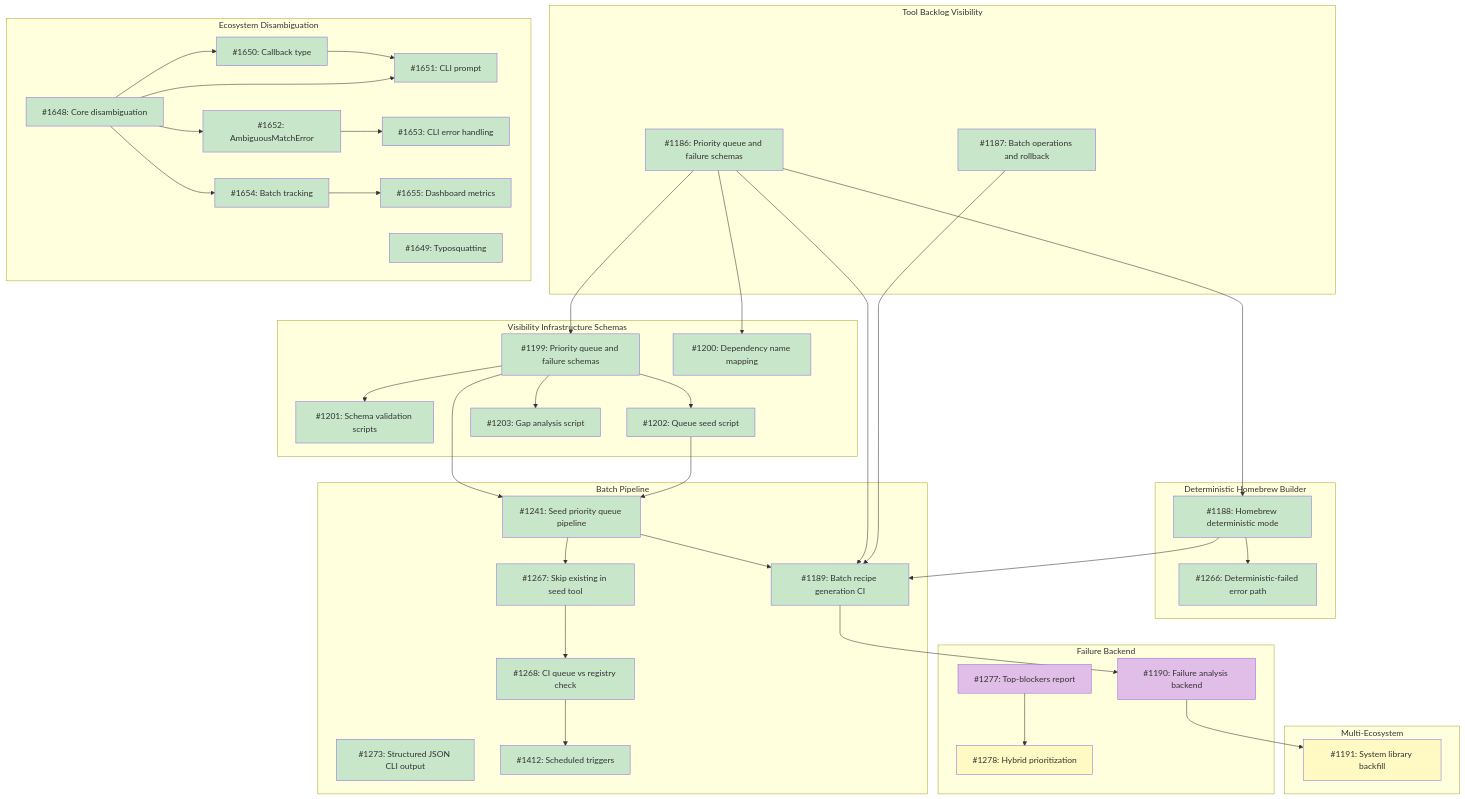
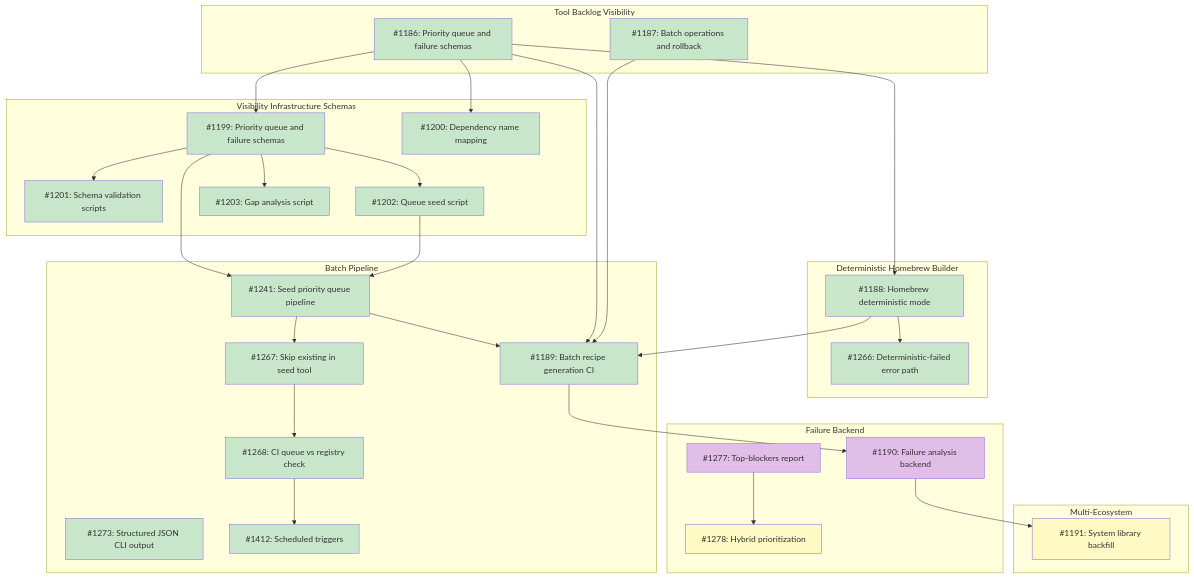
One commit to tsukumogami/tsuku changed the diagram in docs/designs/DESIGN-registry-scale-strategy.md. Above: the diagram before and after it, drawn with Mermaid. The commit also changed other lines of this file and 1 other file, not shown here.

Commit message:
docs(design): mark DESIGN-disambiguation.md as current (#1694)
Move DESIGN-disambiguation.md to docs/designs/current/ and update status
to
Current. Remove the M81 (Ecosystem Disambiguation) section from
DESIGN-registry-scale-strategy.md since the milestone is now closed.

````diff
--- a/docs/designs/DESIGN-registry-scale-strategy.md
+++ b/docs/designs/DESIGN-registry-scale-strategy.md
@@ -126,17 +113,6 @@
         I1191["#1191: System library backfill"]
     end
 
-    subgraph M_Disambiguation["Ecosystem Disambiguation"]
-        I1648["#1648: Core disambiguation"]
-        I1649["#1649: Typosquatting"]
-        I1650["#1650: Callback type"]
-        I1651["#1651: CLI prompt"]
-        I1652["#1652: AmbiguousMatchError"]
-        I1653["#1653: CLI error handling"]
-        I1654["#1654: Batch tracking"]
-        I1655["#1655: Dashboard metrics"]
-    end
-
     I1186 --> I1199
     I1186 --> I1200
     I1199 --> I1201
@@ -156,13 +132,6 @@
     I1189 --> I1190
     I1190 --> I1191
     I1277 --> I1278
-    I1648 --> I1650
-    I1650 --> I1651
-    I1648 --> I1651
-    I1648 --> I1652
-    I1652 --> I1653
-    I1648 --> I1654
-    I1654 --> I1655
 
     classDef done fill:#c8e6c9
     classDef ready fill:#bbdefb
@@ -187,5 +156,4 @@
     class I1278 blocked
     class I1412 done
     class I1191 blocked
-    class I1648,I1649,I1650,I1651,I1652,I1653,I1654,I1655 done
 ```
````
